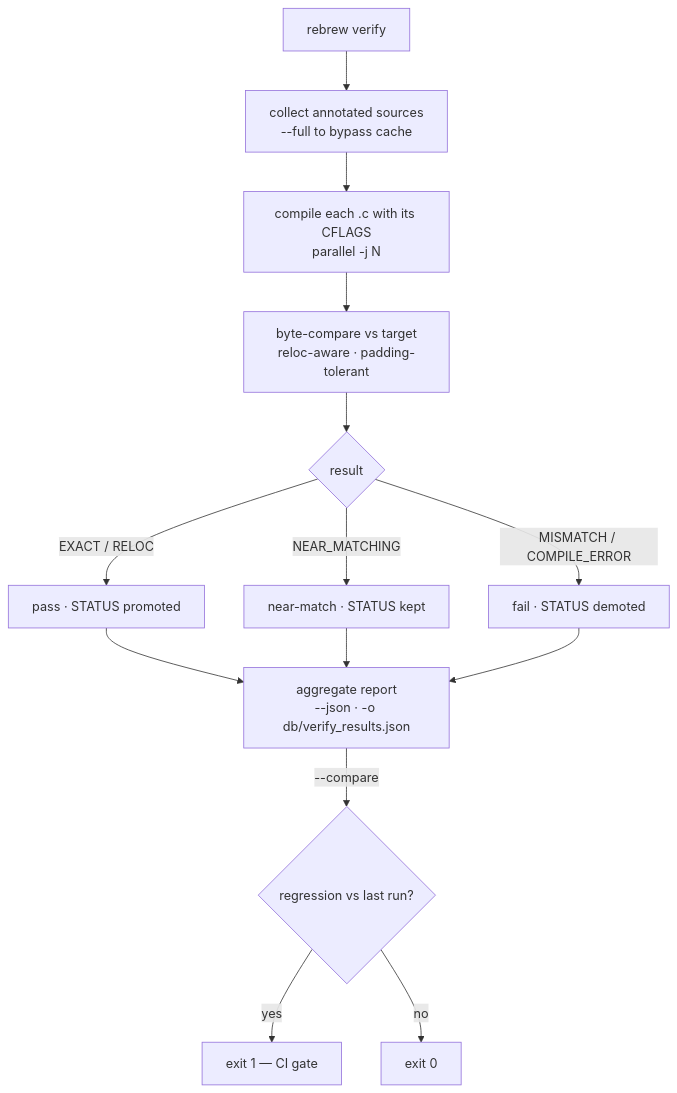
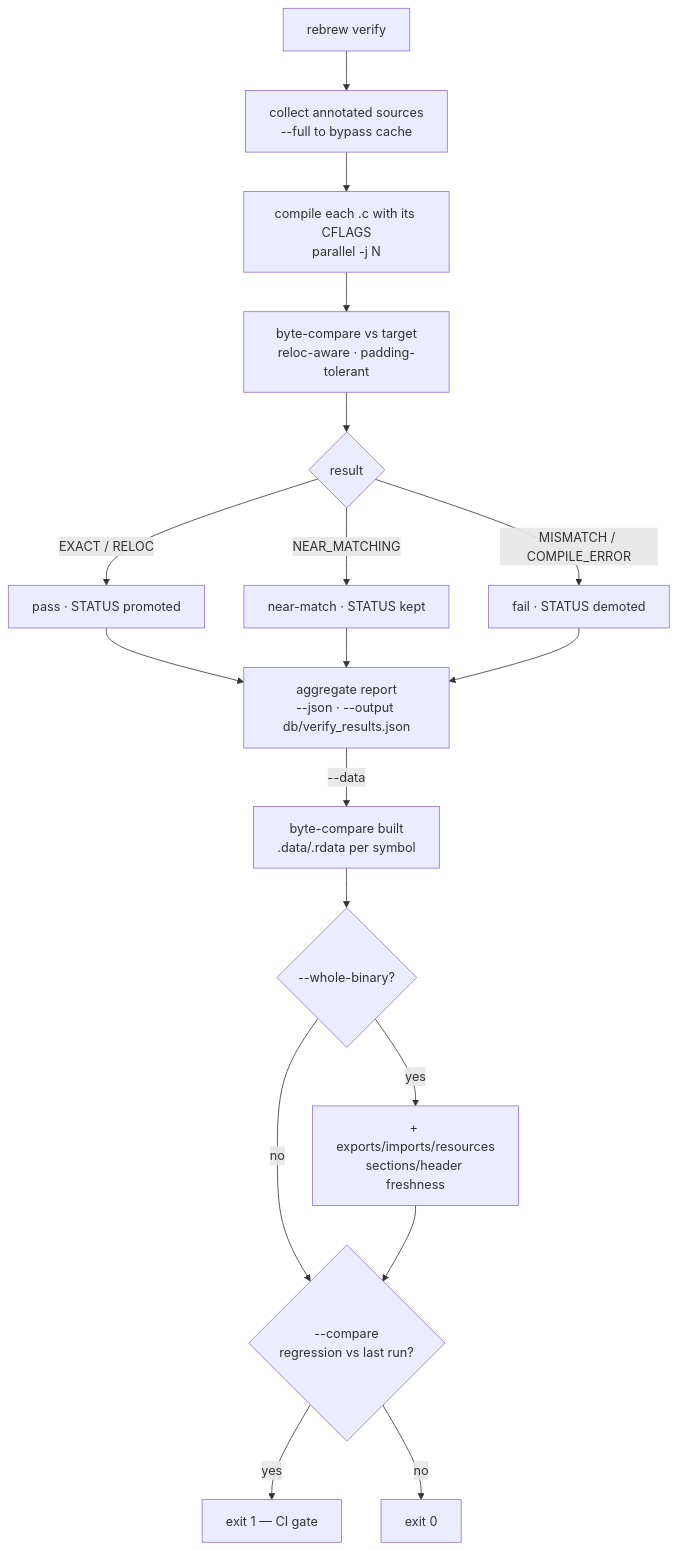
One commit to maci0/rebrew changed the first of 2 diagrams in docs/CLI.md. Above: the diagram before and after it, drawn with Mermaid. The commit also changed other lines of this file and 11 other files, not shown here.

First line of the commit message:
docs, skills, flowcharts synced to the CLI; globals.status persisted

````diff
--- a/docs/CLI.md
+++ b/docs/CLI.md
@@ -351,16 +351,20 @@
 ```mermaid
 graph TD
     Start[rebrew verify] --> Collect[collect annotated sources<br/>--full to bypass cache]
     Collect --> Compile[compile each .c with its CFLAGS<br/>parallel -j N]
     Compile --> Compare[byte-compare vs target<br/>reloc-aware · padding-tolerant]
     Compare --> Classify{result}
     Classify -->|EXACT / RELOC| Pass[pass · STATUS promoted]
     Classify -->|NEAR_MATCHING| NM[near-match · STATUS kept]
     Classify -->|MISMATCH / COMPILE_ERROR| Fail[fail · STATUS demoted]
-    Pass --> Report[aggregate report<br/>--json · -o db/verify_results.json]
+    Pass --> Report[aggregate report<br/>--json · --output db/verify_results.json]
     NM --> Report
     Fail --> Report
-    Report -->|--compare| Gate{regression vs last run?}
+    Report -->|--data| Data[byte-compare built<br/>.data/.rdata per symbol]
+    Data --> Whole{--whole-binary?}
+    Whole -->|yes| WB[+ exports/imports/resources<br/>sections/header freshness]
+    Whole -->|no| Gate{--compare<br/>regression vs last run?}
+    WB --> Gate
     Gate -->|yes| CI[exit 1 — CI gate]
     Gate -->|no| OK[exit 0]
 ```
````
